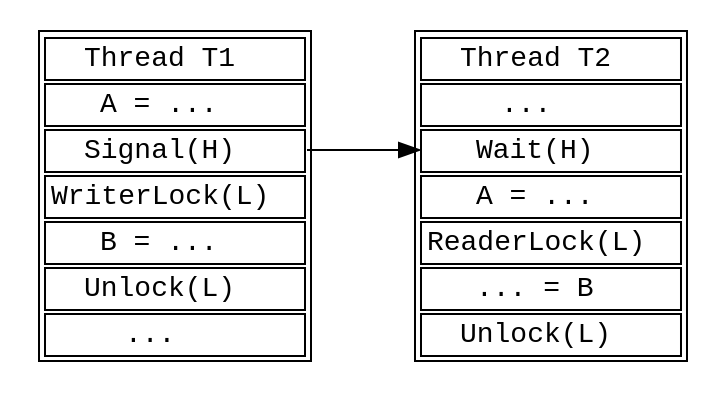
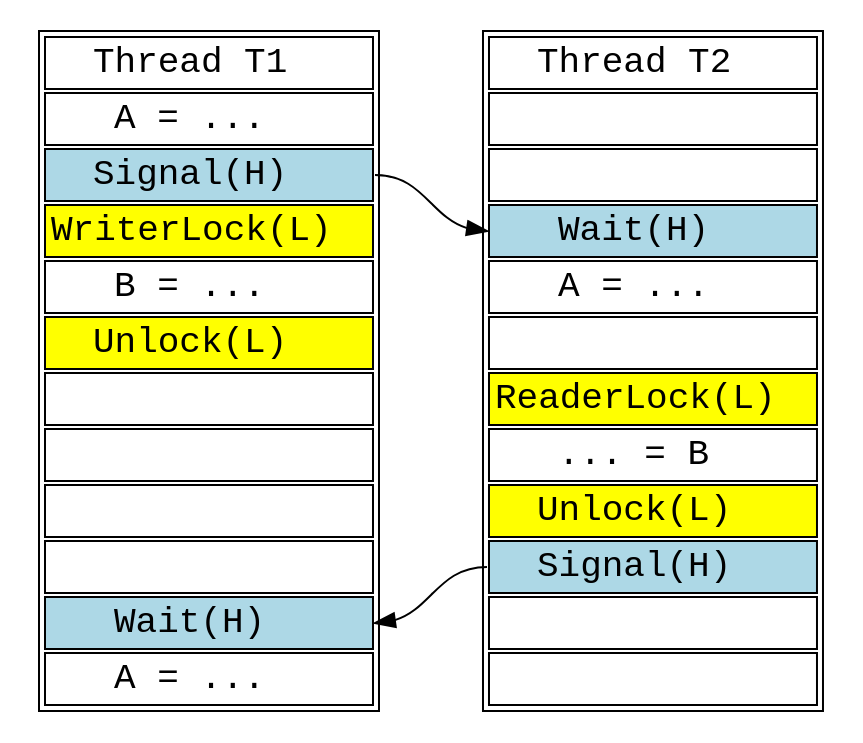
One commit to spurious/ThreadSanitizer-mirror changed the diagram in msm/exa1.dot. Above: the diagram before and after it, drawn with Graphviz. The commit also changed 13 other files, not shown here.

```diff
--- a/msm/exa1.dot
+++ b/msm/exa1.dot
@@ -1,27 +1,39 @@
 digraph exa1 {
   rankdir="LR"
-  node [shape=plaintext fontname="Courier" rankdir="LR"];
+  node [shape=plaintext style="bold" fontname="Courier" rankdir="LR" labeljust="r" fontsize=18];
    T1  [label=<<TABLE BGCOLOR="white">  
-      <tr>  <td port="1"> Thread T1 </td> </tr> 
+      <tr>  <td port="0"> Thread T1 </td> </tr> 
       <tr>  <td> A = ... </td> </tr> 
-      <tr>  <td port="signal"> Signal(H) </td> </tr> 
-      <tr>  <td> WriterLock(L) </td> </tr> 
+      <tr>  <td bgcolor="lightblue" port="signal"> Signal(H) </td> </tr> 
+      <tr>  <td bgcolor="yellow"> WriterLock(L) </td> </tr> 
       <tr>  <td> B = ... </td> </tr> 
-      <tr>  <td> Unlock(L) </td> </tr> 
-      <tr>  <td> ...  </td> </tr> 
+      <tr>  <td bgcolor="yellow"> Unlock(L) </td> </tr> 
+      <tr>  <td>   </td> </tr> 
+      <tr>  <td>   </td> </tr> 
+      <tr>  <td>   </td> </tr> 
+      <tr>  <td>   </td> </tr> 
+      <tr>  <td bgcolor="lightblue" port="wait"> Wait(H) </td> </tr> 
+      <tr>  <td> A = ... </td> </tr> 
       </TABLE>>
     ]
 
    T2 [label=<<TABLE BGCOLOR="white">  
-      <tr>  <td> Thread T2 </td> </tr> 
-      <tr>  <td> ...  </td> </tr> 
-      <tr>  <td port="wait"> Wait(H) </td> </tr> 
+      <tr>  <td port="0"> Thread T2 </td> </tr> 
+      <tr>  <td>   </td> </tr> 
+      <tr>  <td>   </td> </tr> 
+      <tr>  <td bgcolor="lightblue" port="wait"> Wait(H) </td> </tr> 
       <tr>  <td> A = ... </td> </tr> 
-      <tr>  <td> ReaderLock(L) </td> </tr> 
+      <tr>  <td>   </td> </tr> 
+      <tr>  <td bgcolor="yellow"> ReaderLock(L) </td> </tr> 
       <tr>  <td> ... = B </td> </tr> 
-      <tr>  <td> Unlock(L) </td> </tr> 
+      <tr>  <td bgcolor="yellow"> Unlock(L) </td> </tr> 
+      <tr>  <td bgcolor="lightblue" port="signal"> Signal(H) </td> </tr> 
+      <tr>  <td>  </td> </tr> 
+      <tr>  <td>  </td> </tr> 
       </TABLE>>
     ]
 
-    T1:signal -> T2:wait [rankdir="LR"];
+    T1:0 -> T2:0 [color="white" style="invis"];
+    T1:signal -> T2:wait;
+    T2:signal -> T1:wait;
 }
```
